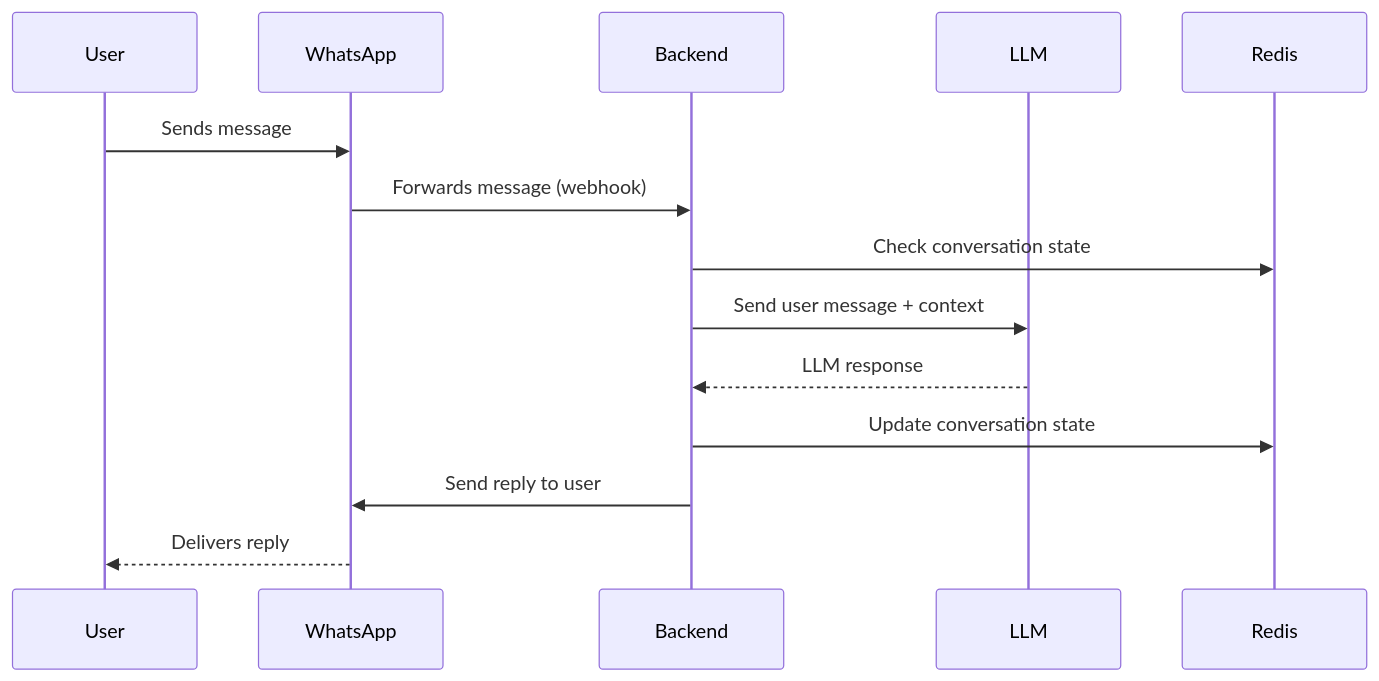
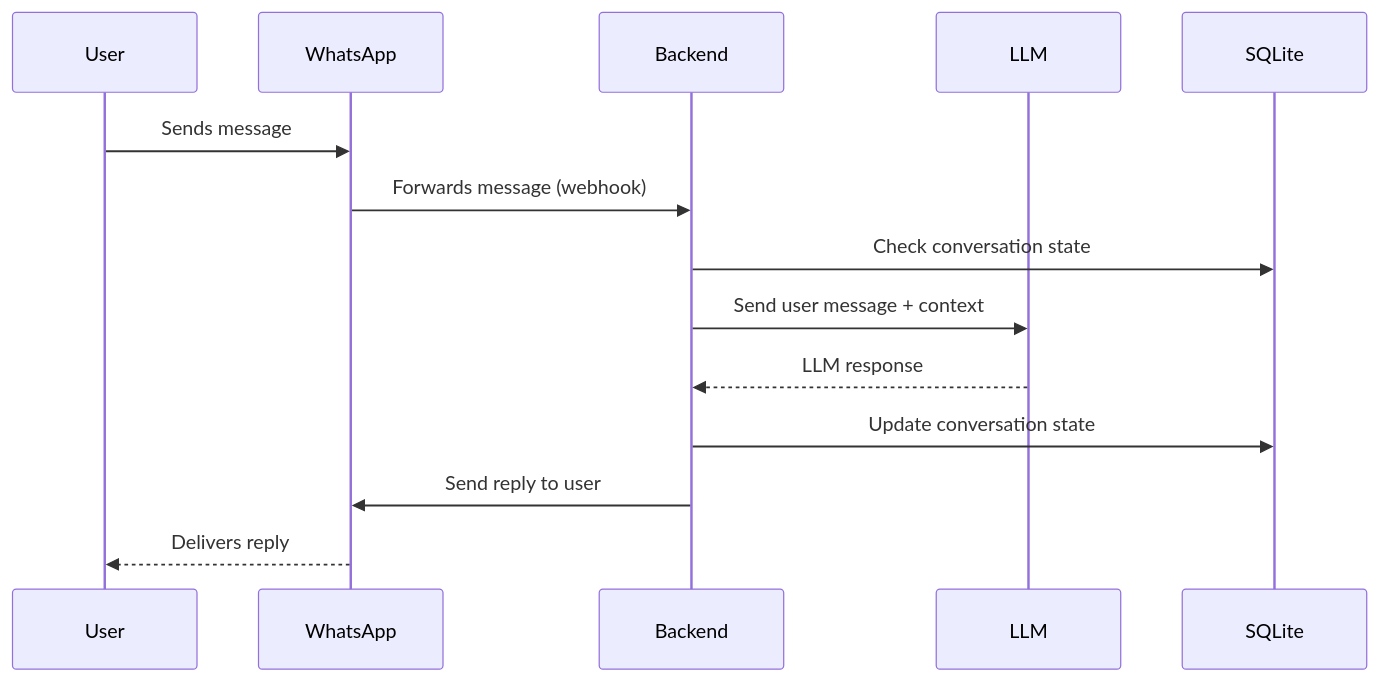
The diagram in docs/context_user_interactions.md (maixnor/languagebuddy), drawn with Mermaid before and after one commit. The commit also changed 12 other files, not shown here.

````diff
--- a/docs/context_user_interactions.md
+++ b/docs/context_user_interactions.md
@@ -3,17 +3,17 @@
 ```mermaid
 sequenceDiagram
     participant User
     participant WhatsApp
     participant Backend
     participant LLM
-    participant Redis
+    participant SQLite
 
     User->>WhatsApp: Sends message
     WhatsApp->>Backend: Forwards message (webhook)
-    Backend->>Redis: Check conversation state
+    Backend->>SQLite: Check conversation state
     Backend->>LLM: Send user message + context
     LLM-->>Backend: LLM response
-    Backend->>Redis: Update conversation state
+    Backend->>SQLite: Update conversation state
     Backend->>WhatsApp: Send reply to user
     WhatsApp-->>User: Delivers reply
 ```
````
